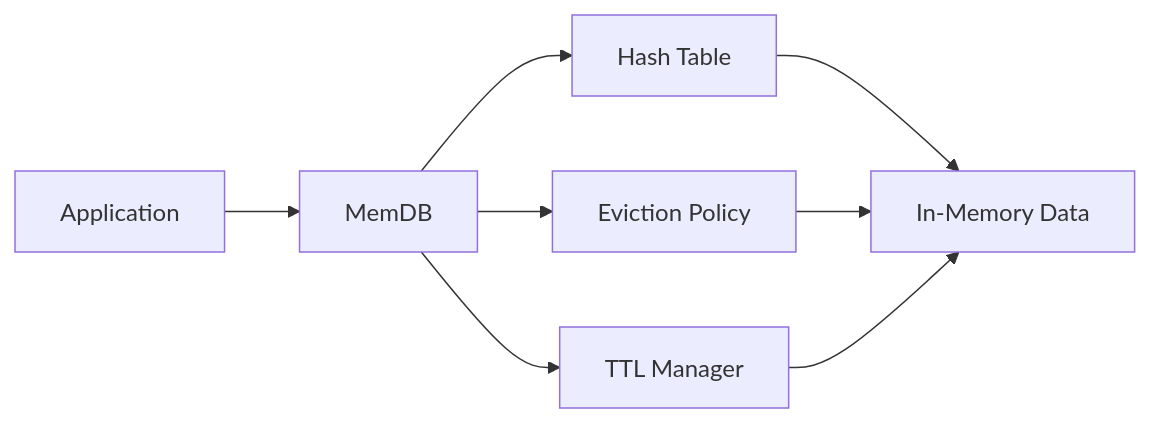
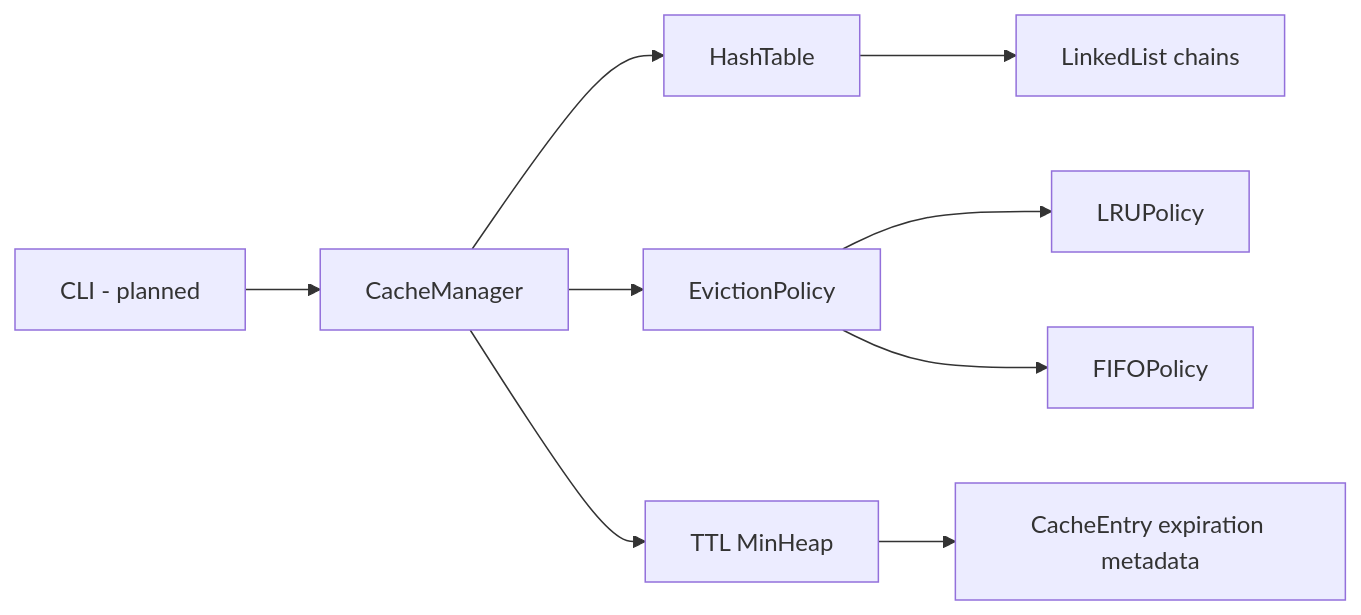
One commit to anish-mandal/memdb changed the diagram in README.md. Above: the diagram before and after it, drawn with Mermaid. The commit also changed other lines of this file and 1 other file, not shown here.

````diff
--- a/README.md
+++ b/README.md
@@ -19,10 +91,11 @@
 ```mermaid
 flowchart LR
-    A[Application] --> B[MemDB]
-    B --> C[Hash Table]
-    C --> D[In-Memory Data]
-    B --> E[Eviction Policy]
-    B --> F[TTL Manager]
-    E --> D
-    F --> D
+    CLI[CLI - planned] --> CM[CacheManager]
+    CM --> HT[HashTable]
+    HT --> LL[LinkedList chains]
+    CM --> EP[EvictionPolicy]
+    EP --> LRU[LRUPolicy]
+    EP --> FIFO[FIFOPolicy]
+    CM --> HEAP[TTL MinHeap]
+    HEAP --> CE[CacheEntry expiration metadata]
 ```
````
